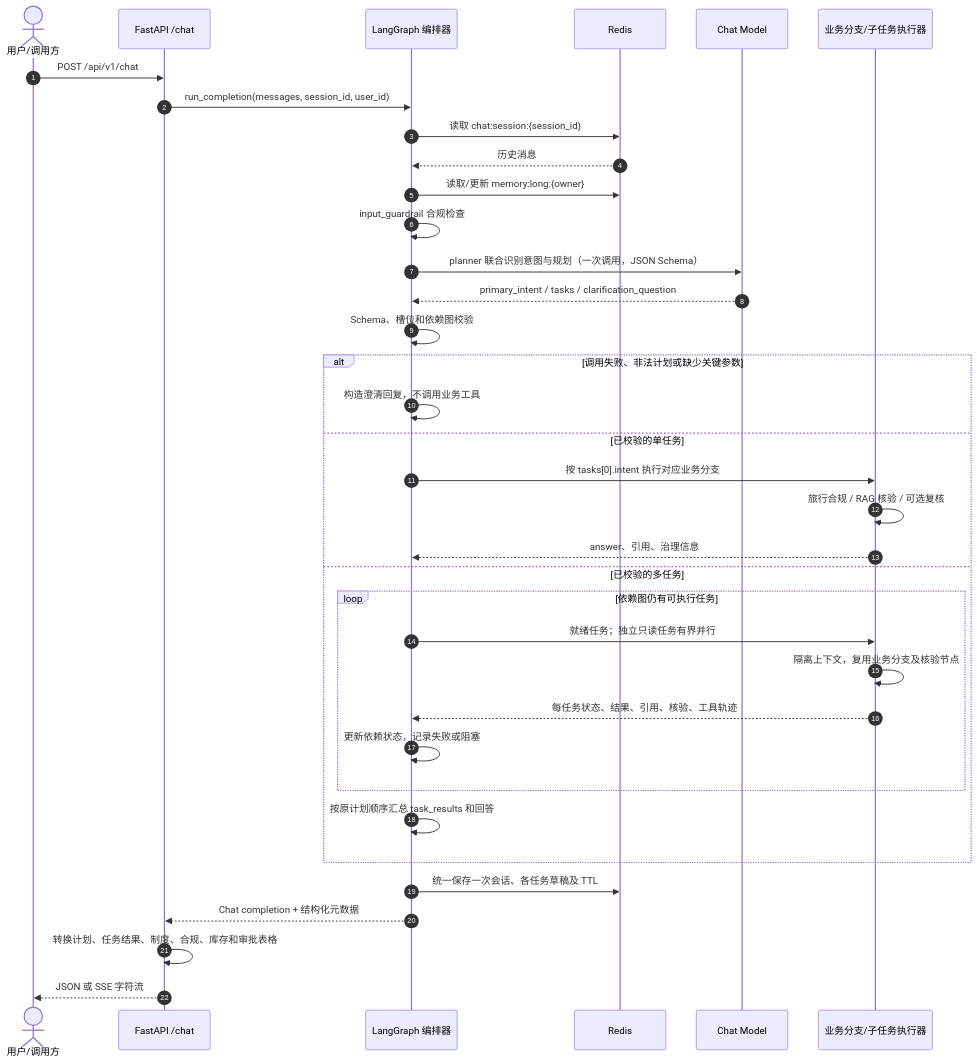
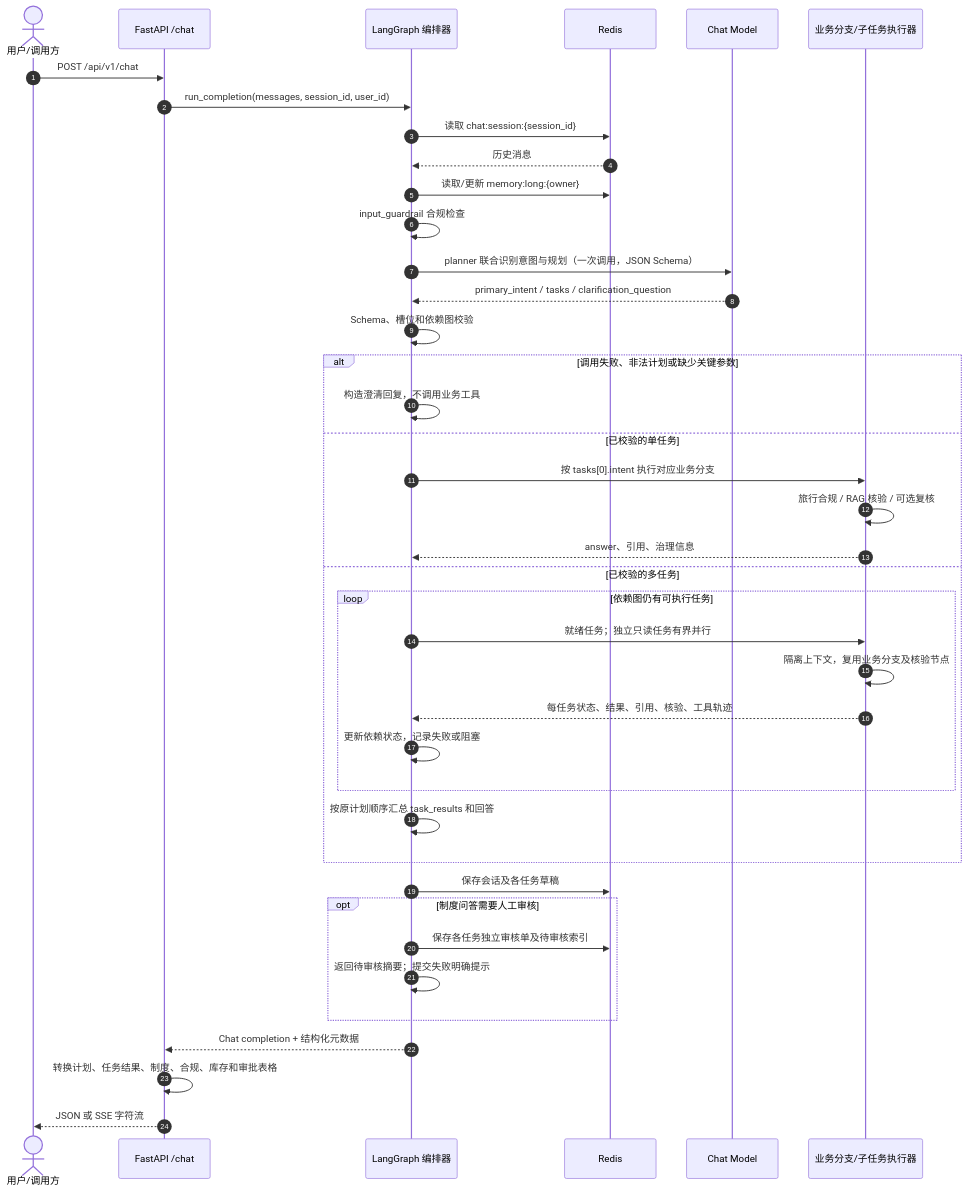
Before and after one commit to wangyang-777/Multi-Agent-Business-Travel-Assistant-System: the fourth of 12 diagrams in docs/overall-design.md, drawn with Mermaid. The commit also changed other lines of this file, not shown here.

````diff
--- a/docs/overall-design.md
+++ b/docs/overall-design.md
@@ -328,39 +354,43 @@
 ```mermaid
 sequenceDiagram
     autonumber
     actor User as 用户/调用方
     participant API as FastAPI /chat
     participant Graph as LangGraph 编排器
     participant Redis as Redis
     participant LLM as Chat Model
     participant Executor as 业务分支/子任务执行器
 
     User->>API: POST /api/v1/chat
     API->>Graph: run_completion(messages, session_id, user_id)
     Graph->>Redis: 读取 chat:session:{session_id}
     Redis-->>Graph: 历史消息
     Graph->>Redis: 读取/更新 memory:long:{owner}
     Graph->>Graph: input_guardrail 合规检查
     Graph->>LLM: planner 联合识别意图与规划（一次调用，JSON Schema）
     LLM-->>Graph: primary_intent / tasks / clarification_question
     Graph->>Graph: Schema、槽位和依赖图校验
     alt 调用失败、非法计划或缺少关键参数
         Graph->>Graph: 构造澄清回复，不调用业务工具
     else 已校验的单任务
         Graph->>Executor: 按 tasks[0].intent 执行对应业务分支
         Executor->>Executor: 旅行合规 / RAG 核验 / 可选复核
         Executor-->>Graph: answer、引用、治理信息
     else 已校验的多任务
         loop 依赖图仍有可执行任务
             Graph->>Executor: 就绪任务；独立只读任务有界并行
             Executor->>Executor: 隔离上下文，复用业务分支及核验节点
             Executor-->>Graph: 每任务状态、结果、引用、核验、工具轨迹
             Graph->>Graph: 更新依赖状态，记录失败或阻塞
         end
         Graph->>Graph: 按原计划顺序汇总 task_results 和回答
     end
-    Graph->>Redis: 统一保存一次会话、各任务草稿及 TTL
+    Graph->>Redis: 保存会话及各任务草稿
+    opt 制度问答需要人工审核
+        Graph->>Redis: 保存各任务独立审核单及待审核索引
+        Graph->>Graph: 返回待审核摘要；提交失败明确提示
+    end
     Graph-->>API: Chat completion + 结构化元数据
     API->>API: 转换计划、任务结果、制度、合规、库存和审批表格
     API-->>User: JSON 或 SSE 字符流
 ```
````
